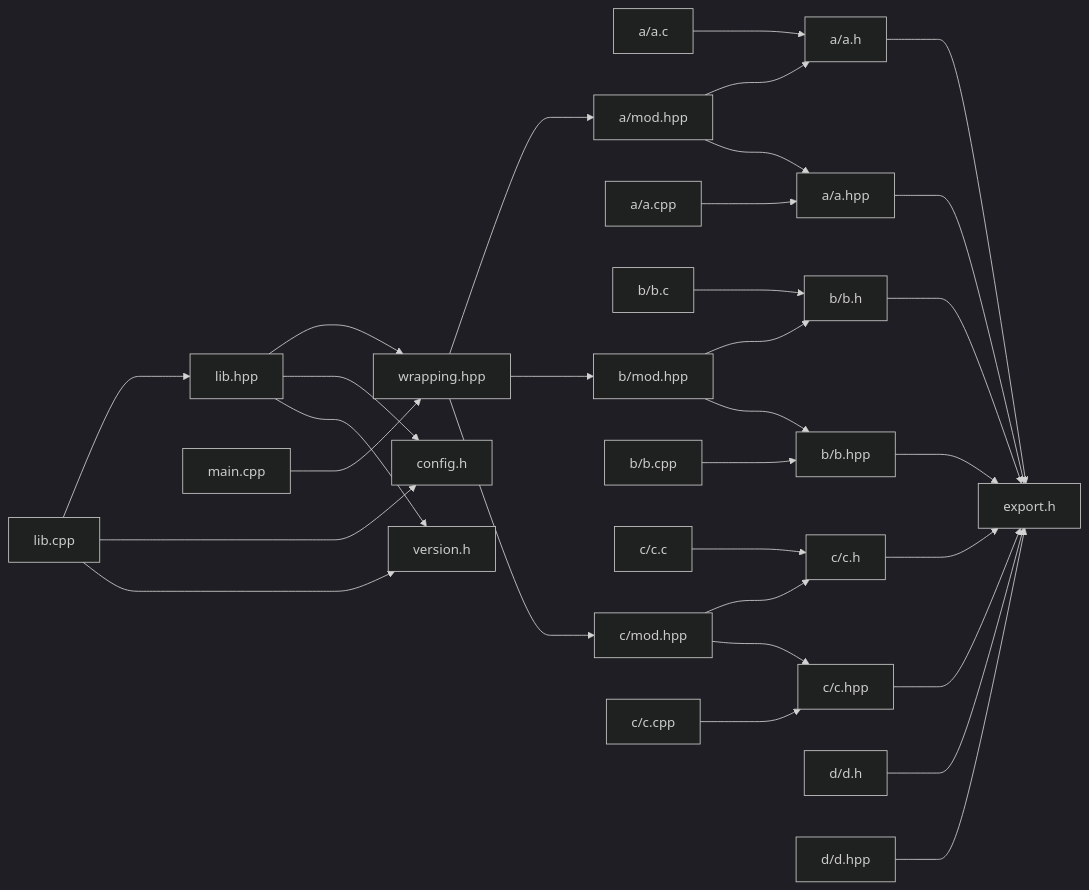
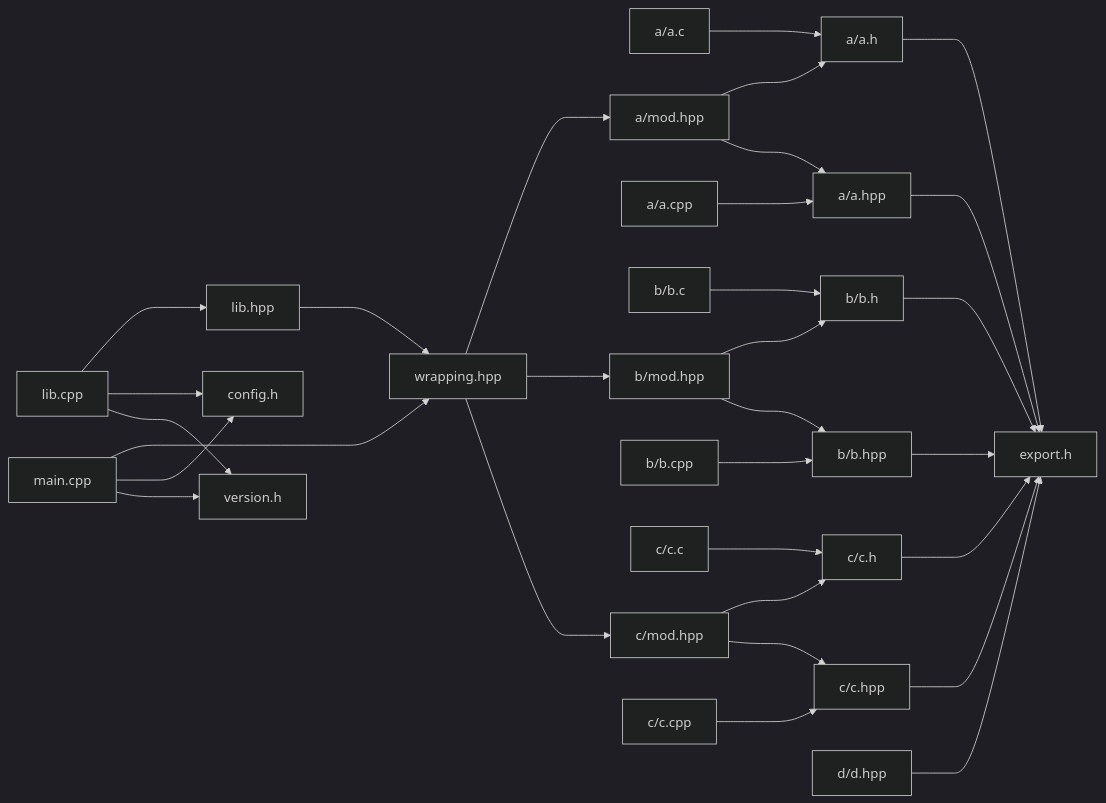
One commit to ascpkg/asc changed the diagram in test_package/flowchart.md. Above: the diagram before and after it, drawn with Mermaid (dark theme). The commit also changed 4 other files, not shown here.

````diff
--- a/test_package/flowchart.md
+++ b/test_package/flowchart.md
@@ -1,33 +1,32 @@
 ```mermaid
 flowchart LR;
     a/a.c ---> a/a.h;
     a/mod.hpp ---> a/a.h;
     a/a.cpp ---> a/a.hpp;
     a/mod.hpp ---> a/a.hpp;
     wrapping.hpp ---> a/mod.hpp;
     b/b.c ---> b/b.h;
     b/mod.hpp ---> b/b.h;
     b/b.cpp ---> b/b.hpp;
     b/mod.hpp ---> b/b.hpp;
     wrapping.hpp ---> b/mod.hpp;
     c/c.c ---> c/c.h;
     c/mod.hpp ---> c/c.h;
     c/c.cpp ---> c/c.hpp;
     c/mod.hpp ---> c/c.hpp;
     wrapping.hpp ---> c/mod.hpp;
     a/a.h ---> export.h;
     a/a.hpp ---> export.h;
     b/b.h ---> export.h;
     b/b.hpp ---> export.h;
     c/c.h ---> export.h;
     c/c.hpp ---> export.h;
-    d/d.h ---> export.h;
     d/d.hpp ---> export.h;
     lib.cpp ---> lib.hpp;
     lib.hpp ---> wrapping.hpp;
     main.cpp ---> wrapping.hpp;
     lib.cpp ---> config.h;
-    lib.hpp ---> config.h;
+    main.cpp ---> config.h;
     lib.cpp ---> version.h;
-    lib.hpp ---> version.h;
+    main.cpp ---> version.h;
 ```
````
